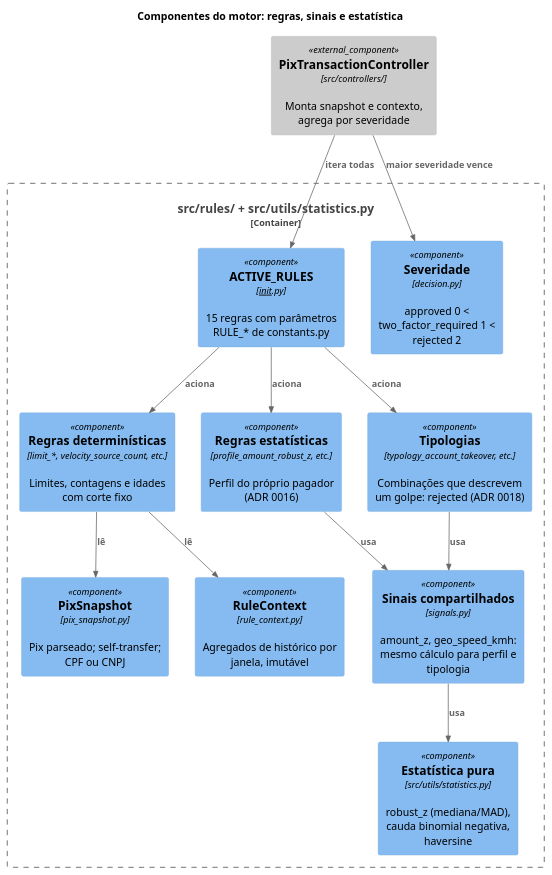
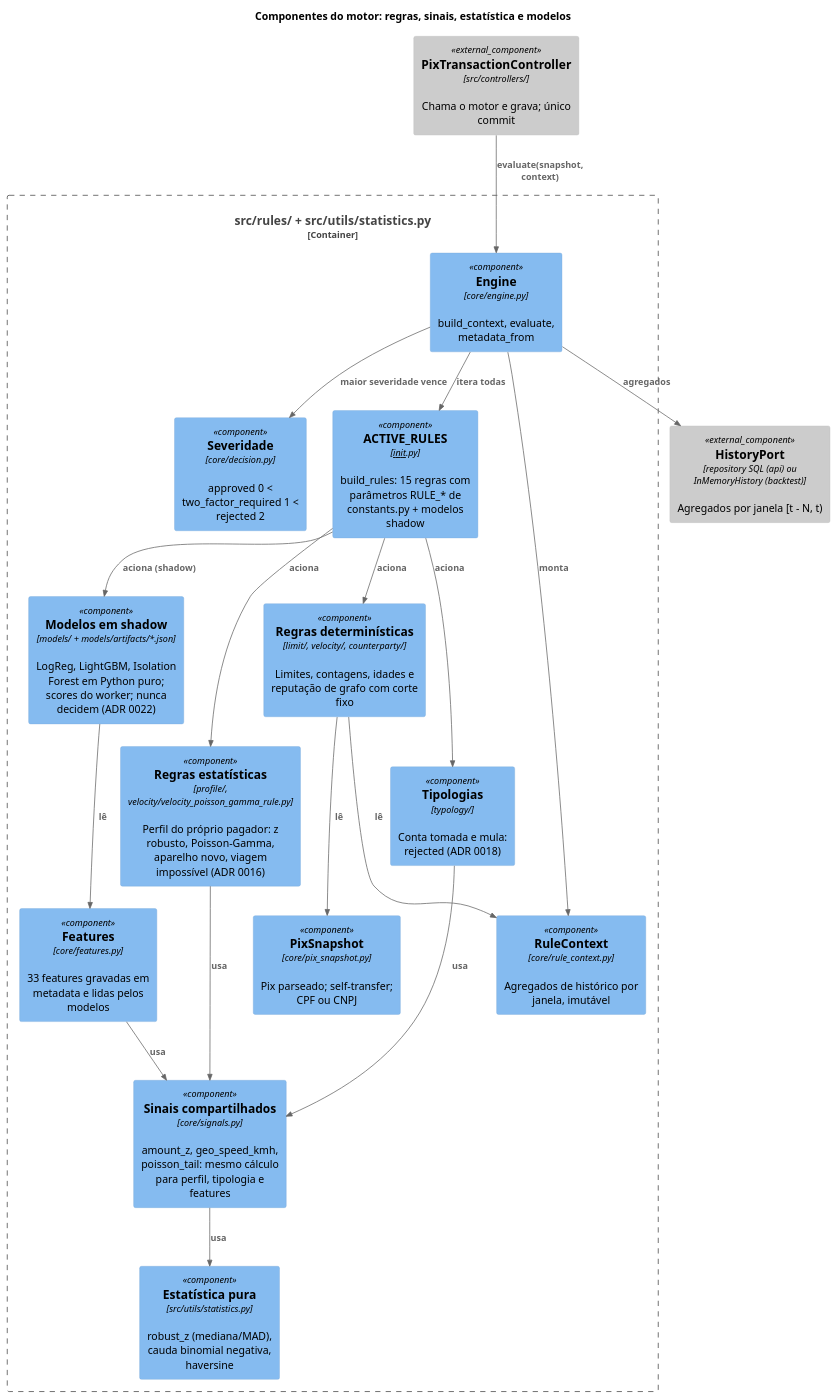
One commit to phprestes/Hackathon-Anti-Fraud-Pix changed the diagram in docs/02-arquitetura/diagramas/c4-componentes-motor.puml. Above: the diagram before and after it, drawn with PlantUML. The commit also changed 9 other files, not shown here.

```diff
--- a/docs/02-arquitetura/diagramas/c4-componentes-motor.puml
+++ b/docs/02-arquitetura/diagramas/c4-componentes-motor.puml
@@ -1,31 +1,41 @@
 @startuml
 !include https://raw.githubusercontent.com/plantuml-stdlib/C4-PlantUML/master/C4_Component.puml
 
-title Componentes do motor: regras, sinais e estatística
+title Componentes do motor: regras, sinais, estatística e modelos
 
-Component_Ext(controller, "PixTransactionController", "src/controllers/", "Monta snapshot e contexto, agrega por severidade")
+Component_Ext(controller, "PixTransactionController", "src/controllers/", "Chama o motor e grava; único commit")
+Component_Ext(history, "HistoryPort", "repository SQL (api) ou InMemoryHistory (backtest)", "Agregados por janela [t - N, t)")
 
 Container_Boundary(rules_boundary, "src/rules/ + src/utils/statistics.py") {
-    Component(snapshot, "PixSnapshot", "pix_snapshot.py", "Pix parseado; self-transfer; CPF ou CNPJ")
-    Component(context, "RuleContext", "rule_context.py", "Agregados de histórico por janela, imutável")
-    Component(registry, "ACTIVE_RULES", "__init__.py", "15 regras com parâmetros RULE_* de constants.py")
-    Component(det, "Regras determinísticas", "limit_*, velocity_source_count, etc.", "Limites, contagens e idades com corte fixo")
-    Component(stat, "Regras estatísticas", "profile_amount_robust_z, etc.", "Perfil do próprio pagador (ADR 0016)")
-    Component(typo, "Tipologias", "typology_account_takeover, etc.", "Combinações que descrevem um golpe: rejected (ADR 0018)")
-    Component(signals, "Sinais compartilhados", "signals.py", "amount_z, geo_speed_kmh: mesmo cálculo para perfil e tipologia")
+    Component(engine, "Engine", "core/engine.py", "build_context, evaluate, metadata_from")
+    Component(snapshot, "PixSnapshot", "core/pix_snapshot.py", "Pix parseado; self-transfer; CPF ou CNPJ")
+    Component(context, "RuleContext", "core/rule_context.py", "Agregados de histórico por janela, imutável")
+    Component(features, "Features", "core/features.py", "33 features gravadas em metadata e lidas pelos modelos")
+    Component(registry, "ACTIVE_RULES", "__init__.py", "build_rules: 15 regras com parâmetros RULE_* de constants.py + modelos shadow")
+    Component(det, "Regras determinísticas", "limit/, velocity/, counterparty/", "Limites, contagens, idades e reputação de grafo com corte fixo")
+    Component(stat, "Regras estatísticas", "profile/, velocity/velocity_poisson_gamma_rule.py", "Perfil do próprio pagador: z robusto, Poisson-Gamma, aparelho novo, viagem impossível (ADR 0016)")
+    Component(typo, "Tipologias", "typology/", "Conta tomada e mula: rejected (ADR 0018)")
+    Component(models, "Modelos em shadow", "models/ + models/artifacts/*.json", "LogReg, LightGBM, Isolation Forest em Python puro; scores do worker; nunca decidem (ADR 0022)")
+    Component(signals, "Sinais compartilhados", "core/signals.py", "amount_z, geo_speed_kmh, poisson_tail: mesmo cálculo para perfil, tipologia e features")
     Component(statistics, "Estatística pura", "src/utils/statistics.py", "robust_z (mediana/MAD), cauda binomial negativa, haversine")
-    Component(decision, "Severidade", "decision.py", "approved 0 < two_factor_required 1 < rejected 2")
+    Component(decision, "Severidade", "core/decision.py", "approved 0 < two_factor_required 1 < rejected 2")
 }
 
-Rel(controller, registry, "itera todas")
+Rel(controller, engine, "evaluate(snapshot, context)")
+Rel(engine, history, "agregados")
+Rel(engine, context, "monta")
+Rel(engine, registry, "itera todas")
 Rel(registry, det, "aciona")
 Rel(registry, stat, "aciona")
 Rel(registry, typo, "aciona")
+Rel(registry, models, "aciona (shadow)")
 Rel(det, snapshot, "lê")
 Rel(det, context, "lê")
 Rel(stat, signals, "usa")
 Rel(typo, signals, "usa")
+Rel(models, features, "lê")
+Rel(features, signals, "usa")
 Rel(signals, statistics, "usa")
-Rel(controller, decision, "maior severidade vence")
+Rel(engine, decision, "maior severidade vence")
 
 @enduml
```
